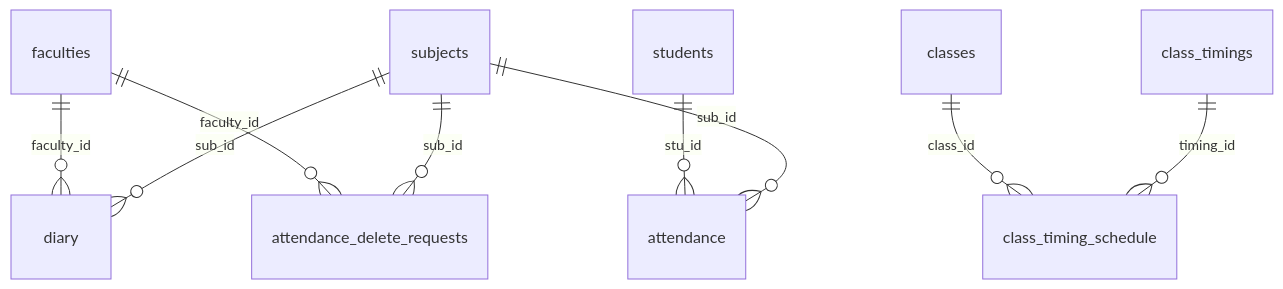
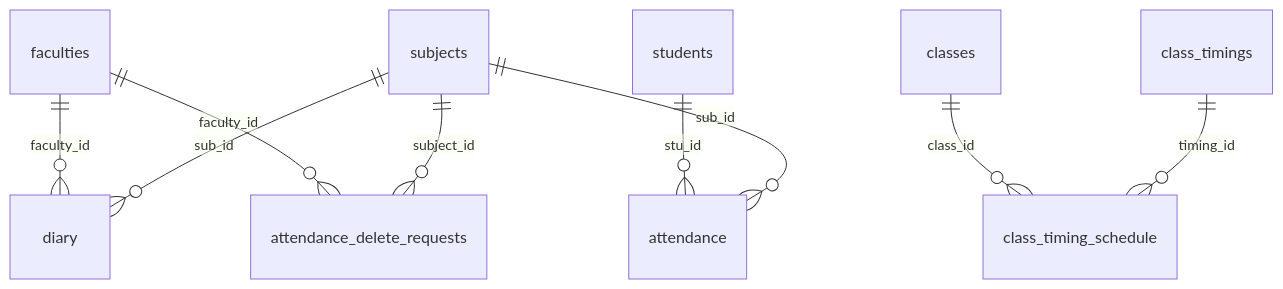
The third of 6 diagrams in docs/database/relationships.md (katamanilprojects/sarb_cea), drawn with Mermaid before and after one commit. The commit also changed other lines of this file and 9 other files, not shown here.

First line of the commit message:
docs: synchronize database schema, relationships, and feedback workflows

````diff
--- a/docs/database/relationships.md
+++ b/docs/database/relationships.md
@@ -88,14 +94,14 @@
 ```mermaid
 erDiagram
     faculties ||--o{ diary : "faculty_id"
     subjects ||--o{ diary : "sub_id"
 
     students ||--o{ attendance : "stu_id"
     subjects ||--o{ attendance : "sub_id"
 
     faculties ||--o{ attendance_delete_requests : "faculty_id"
-    subjects ||--o{ attendance_delete_requests : "sub_id"
+    subjects ||--o{ attendance_delete_requests : "subject_id"
 
     classes ||--o{ class_timing_schedule : "class_id"
     class_timings ||--o{ class_timing_schedule : "timing_id"
 ```
````
